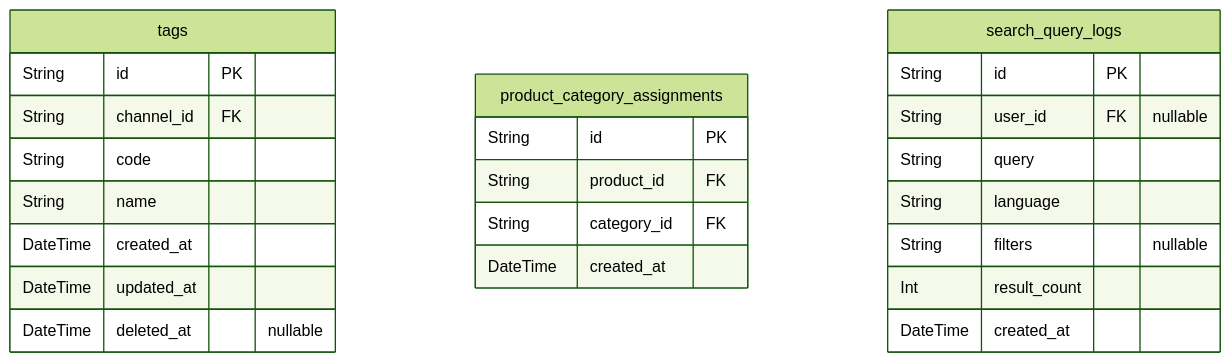
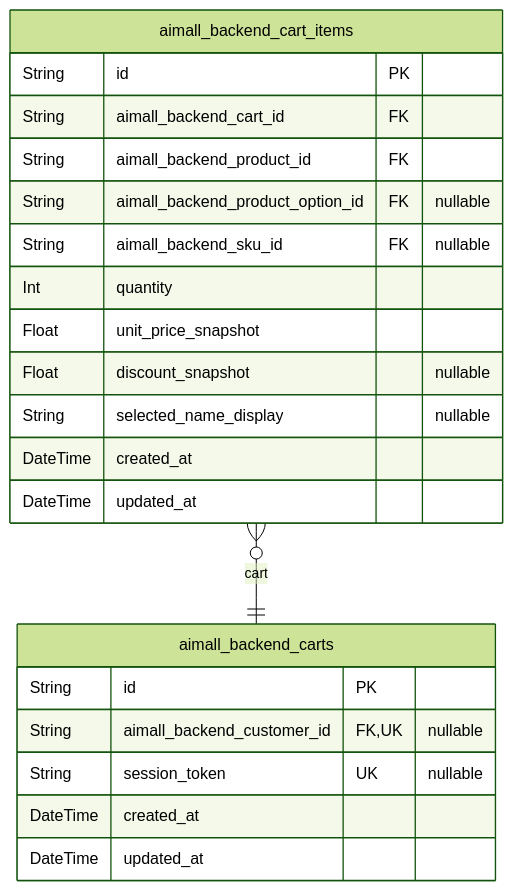
The fifth of 10 diagrams in docs/ERD.md (wrtnlabs/autobe-example-shopping-openai-gpt-4.1), drawn with Mermaid (forest theme) before and after one commit. The commit also changed other lines of this file and 2260 other files, not shown here.

````diff
--- a/docs/ERD.md
+++ b/docs/ERD.md
@@ -1186,27 +585,24 @@
 ```mermaid
 erDiagram
-"tags" {
+"aimall_backend_carts" {
   String id PK
-  String channel_id FK
-  String code
-  String name
+  String aimall_backend_customer_id FK,UK "nullable"
+  String session_token UK "nullable"
   DateTime created_at
   DateTime updated_at
-  DateTime deleted_at "nullable"
 }
-"product_category_assignments" {
+"aimall_backend_cart_items" {
   String id PK
-  String product_id FK
-  String category_id FK
+  String aimall_backend_cart_id FK
+  String aimall_backend_product_id FK
+  String aimall_backend_product_option_id FK "nullable"
+  String aimall_backend_sku_id FK "nullable"
+  Int quantity
+  Float unit_price_snapshot
+  Float discount_snapshot "nullable"
+  String selected_name_display "nullable"
   DateTime created_at
+  DateTime updated_at
 }
-"search_query_logs" {
-  String id PK
-  String user_id FK "nullable"
-  String query
-  String language
-  String filters "nullable"
-  Int result_count
-  DateTime created_at
-}
+"aimall_backend_cart_items" }o--|| "aimall_backend_carts" : cart
 ```
````
